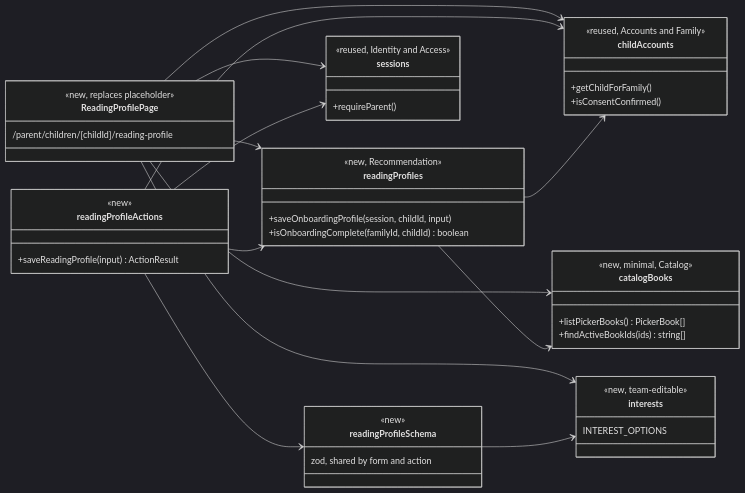
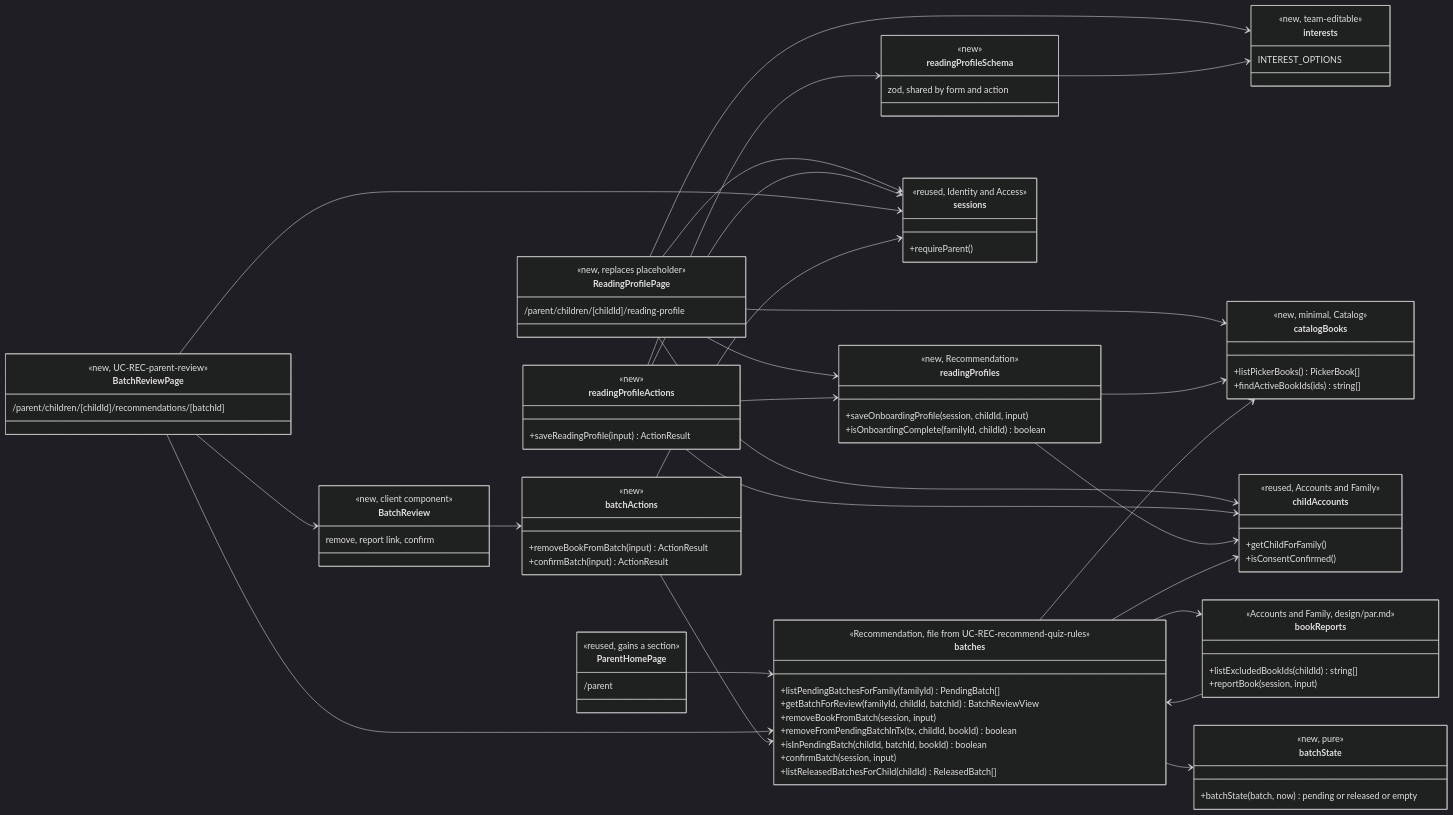
The first of 5 diagrams in design/rec.md (videogames21/book_buddies), drawn with Mermaid (dark theme) before and after one commit. The commit also changed other lines of this file and 5 other files, not shown here.

First line of the commit message:
Design UC-REC-parent-review in design/rec.md

````diff
--- a/design/rec.md
+++ b/design/rec.md
@@ -71,4 +73,52 @@
     readingProfiles --> catalogBooks
     readingProfiles --> childAccounts
     readingProfileSchema --> interests
+    class ParentHomePage {
+        <<reused, gains a section>>
+        /parent
+    }
+    class BatchReviewPage {
+        <<new, UC-REC-parent-review>>
+        /parent/children/[childId]/recommendations/[batchId]
+    }
+    class BatchReview {
+        <<new, client component>>
+        remove, report link, confirm
+    }
+    class batchActions {
+        <<new>>
+        +removeBookFromBatch(input) ActionResult
+        +confirmBatch(input) ActionResult
+    }
+    class batches {
+        <<Recommendation, file from UC-REC-recommend-quiz-rules>>
+        +listPendingBatchesForFamily(familyId) PendingBatch[]
+        +getBatchForReview(familyId, childId, batchId) BatchReviewView
+        +removeBookFromBatch(session, input)
+        +removeFromPendingBatchInTx(tx, childId, bookId) boolean
+        +isInPendingBatch(childId, batchId, bookId) boolean
+        +confirmBatch(session, input)
+        +listReleasedBatchesForChild(childId) ReleasedBatch[]
+    }
+    class batchState {
+        <<new, pure>>
+        +batchState(batch, now) pending or released or empty
+    }
+    class bookReports {
+        <<Accounts and Family, design/par.md>>
+        +listExcludedBookIds(childId) string[]
+        +reportBook(session, input)
+    }
+    ParentHomePage --> batches
+    BatchReviewPage --> sessions
+    BatchReviewPage --> batches
+    BatchReviewPage --> BatchReview
+    BatchReview --> batchActions
+    batchActions --> sessions
+    batchActions --> batches
+    batches --> childAccounts
+    batches --> catalogBooks
+    batches --> bookReports
+    batches --> batchState
+    bookReports --> batches
 ```
````
